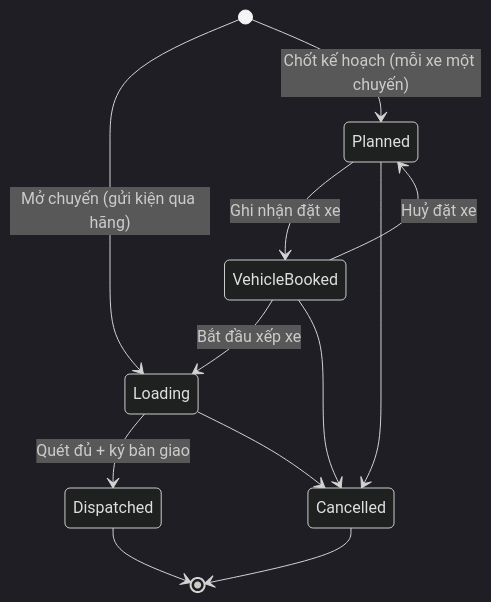
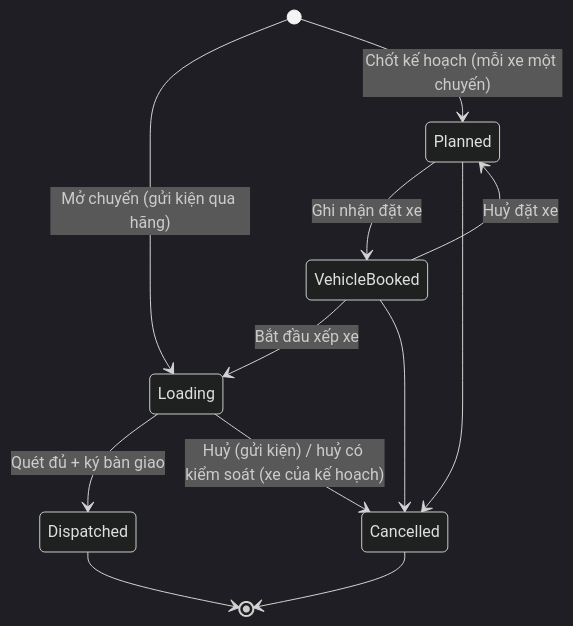
Before and after one commit to KLTN-FA26/docs: the second of 3 diagrams in docs/warehouse/09-shipping/README.md, drawn with Mermaid (dark theme). The commit also changed other lines of this file, not shown here.

````diff
--- a/docs/warehouse/09-shipping/README.md
+++ b/docs/warehouse/09-shipping/README.md
@@ -250,14 +253,14 @@
 ```mermaid
 stateDiagram-v2
     [*] --> Loading: Mở chuyến (gửi kiện qua hãng)
     [*] --> Planned: Chốt kế hoạch (mỗi xe một chuyến)
     Planned --> VehicleBooked: Ghi nhận đặt xe
     VehicleBooked --> Planned: Huỷ đặt xe
     VehicleBooked --> Loading: Bắt đầu xếp xe
     Loading --> Dispatched: Quét đủ + ký bàn giao
     Planned --> Cancelled
     VehicleBooked --> Cancelled
-    Loading --> Cancelled
+    Loading --> Cancelled: Huỷ (gửi kiện) / huỷ có kiểm soát (xe của kế hoạch)
     Dispatched --> [*]
     Cancelled --> [*]
 ```
````
